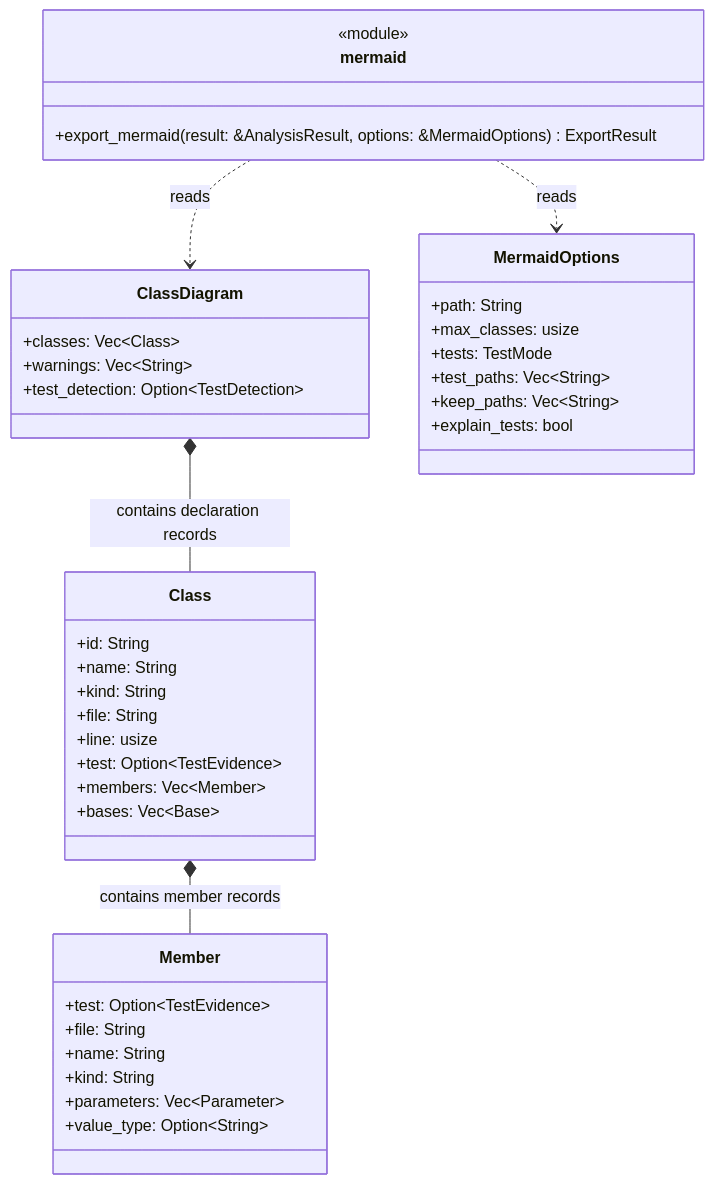
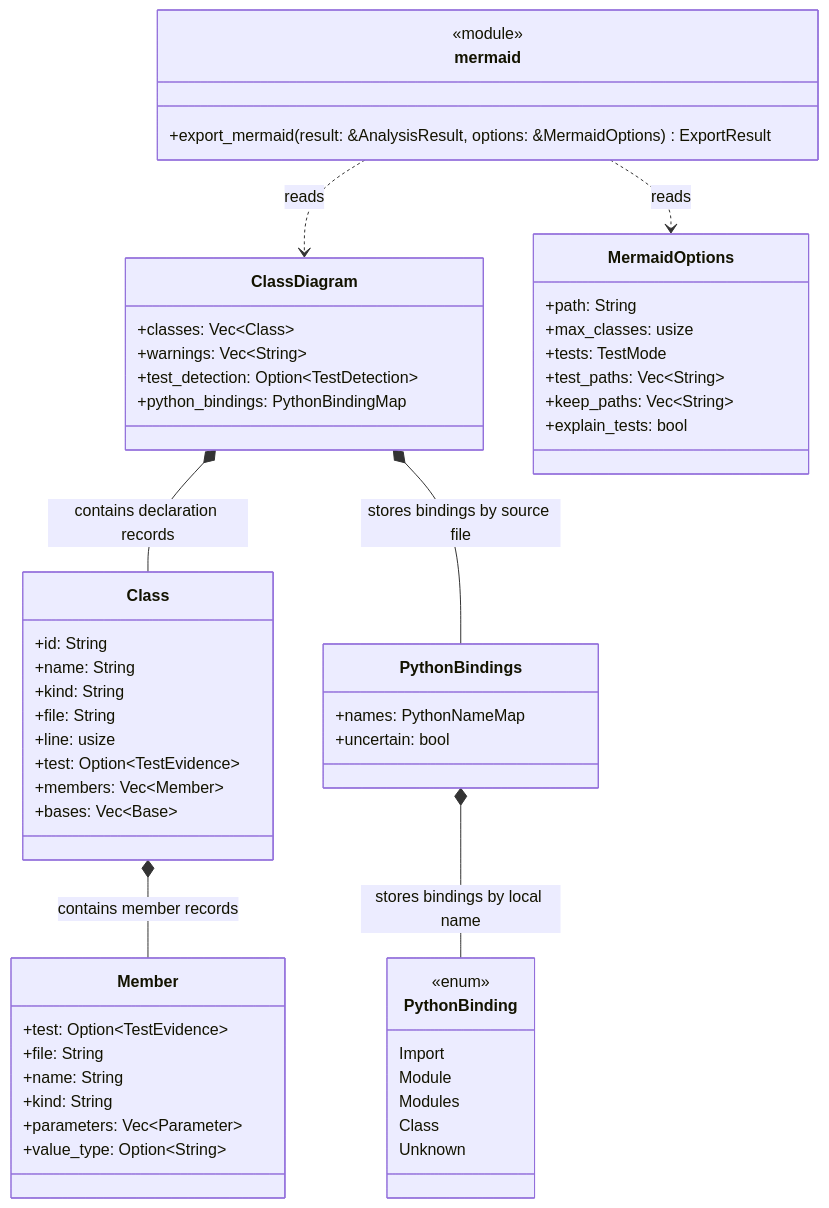
One commit to ScottRBK/mycelium changed the second of 3 diagrams in AGENTS.md. Above: the diagram before and after it, drawn with Mermaid. The commit also changed other lines of this file and 12 other files, not shown here.

Commit message:
fix: resolve Python type relationships using import bindings

````diff
--- a/AGENTS.md
+++ b/AGENTS.md
@@ -187,43 +187,58 @@
 ```mermaid
 classDiagram
     direction TB
     class ClassDiagram {
         +classes: Vec~Class~
         +warnings: Vec~String~
         +test_detection: Option~TestDetection~
+        +python_bindings: PythonBindingMap
+    }
+    class PythonBindings {
+        +names: PythonNameMap
+        +uncertain: bool
+    }
+    class PythonBinding {
+        <<enum>>
+        Import
+        Module
+        Modules
+        Class
+        Unknown
     }
     class Class {
         +id: String
         +name: String
         +kind: String
         +file: String
         +line: usize
         +test: Option~TestEvidence~
         +members: Vec~Member~
         +bases: Vec~Base~
     }
     class Member {
         +test: Option~TestEvidence~
         +file: String
         +name: String
         +kind: String
         +parameters: Vec~Parameter~
         +value_type: Option~String~
     }
     class MermaidOptions {
         +path: String
         +max_classes: usize
         +tests: TestMode
         +test_paths: Vec~String~
         +keep_paths: Vec~String~
         +explain_tests: bool
     }
     class mermaid {
         <<module>>
         +export_mermaid(result: &AnalysisResult, options: &MermaidOptions) ExportResult
     }
     ClassDiagram *-- Class : contains declaration records
+    ClassDiagram *-- PythonBindings : stores bindings by source file
+    PythonBindings *-- PythonBinding : stores bindings by local name
     Class *-- Member : contains member records
     mermaid ..> ClassDiagram : reads
     mermaid ..> MermaidOptions : reads
 ```
````
